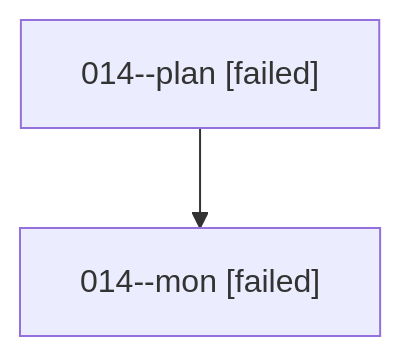
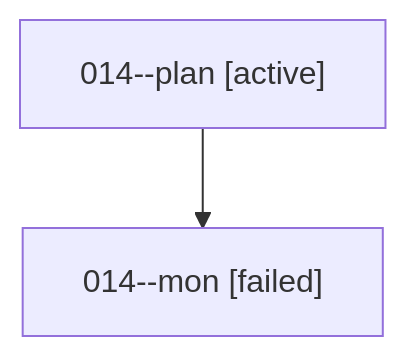
The diagram in families/bbugyi200.athena.014.md (sase-org/sase--agents), drawn with Mermaid before and after one commit. The commit also changed other lines of this file and 35830 other files, not shown here.

````diff
--- a/families/bbugyi200.athena.014.md
+++ b/families/bbugyi200.athena.014.md
@@ -9,6 +9,6 @@
 ```mermaid
 flowchart TD
-  n0["014--plan [failed]"]
+  n0["014--plan [active]"]
   n1["014--mon [failed]"]
   n0 --> n1
 ```
````
